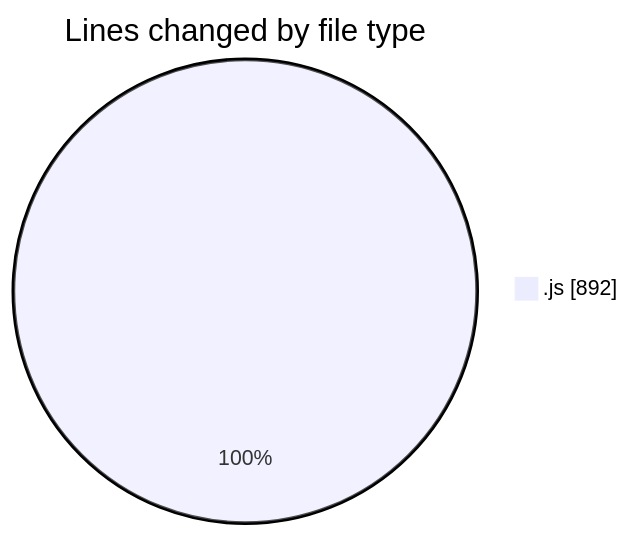
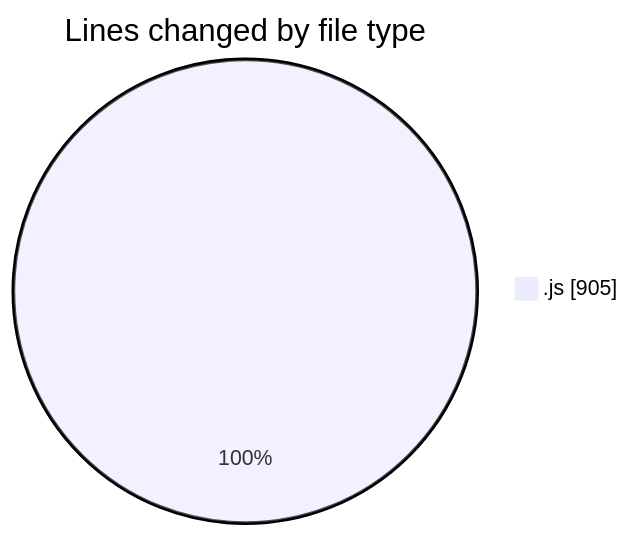
Before and after one commit to Ritupan-Deka/code-tracking: the first of 2 diagrams in 2025-08-04/javascript/README.md, drawn with Mermaid. The commit also changed other lines of this file and 1 other file, not shown here.

````diff
--- a/2025-08-04/javascript/README.md
+++ b/2025-08-04/javascript/README.md
@@ -20,5 +20,5 @@
 ```mermaid
 pie showData
 title Lines changed by file type
-".js" : 892
+".js" : 905
 ```
````
